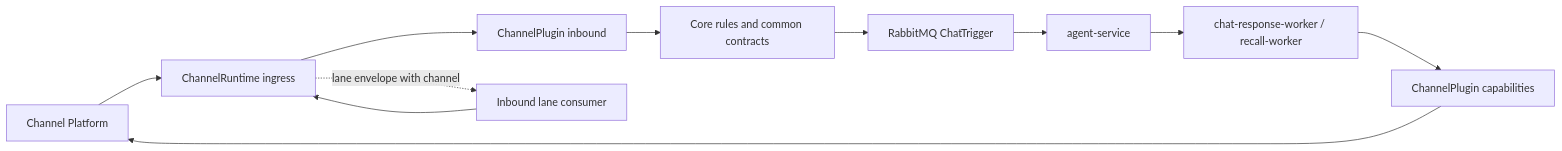
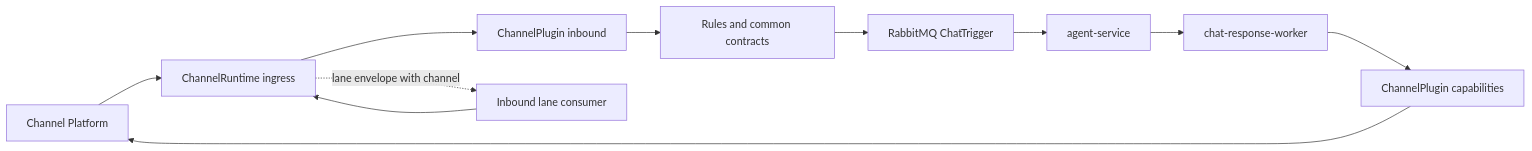
One commit to bezhai/chiwei-platform changed the first of 2 diagrams in apps/channel-server/README.md. Above: the diagram before and after it, drawn with Mermaid. The commit also changed other lines of this file and 203 other files, not shown here.

````diff
--- a/apps/channel-server/README.md
+++ b/apps/channel-server/README.md
@@ -51,14 +62,14 @@
 ```mermaid
 flowchart LR
   Platform[Channel Platform] --> Runtime[ChannelRuntime ingress]
   Runtime --> PluginInbound[ChannelPlugin inbound]
-  PluginInbound --> Core[Core rules and common contracts]
-  Core --> MQ[RabbitMQ ChatTrigger]
+  PluginInbound --> Rules[Rules and common contracts]
+  Rules --> MQ[RabbitMQ ChatTrigger]
   MQ --> Agent[agent-service]
-  Agent --> OutboundWorker[chat-response-worker / recall-worker]
+  Agent --> OutboundWorker[chat-response-worker]
   OutboundWorker --> Cap[ChannelPlugin capabilities]
   Cap --> Platform
 
   Runtime -. lane envelope with channel .-> Lane[Inbound lane consumer]
   Lane --> Runtime
 ```
````
